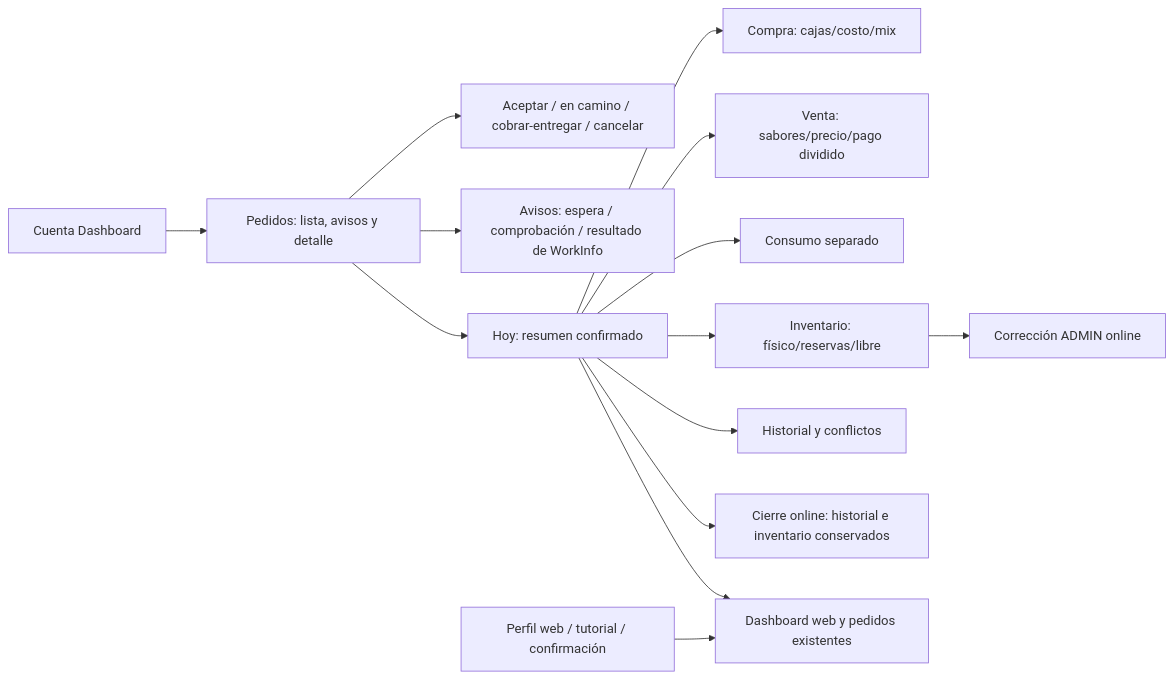
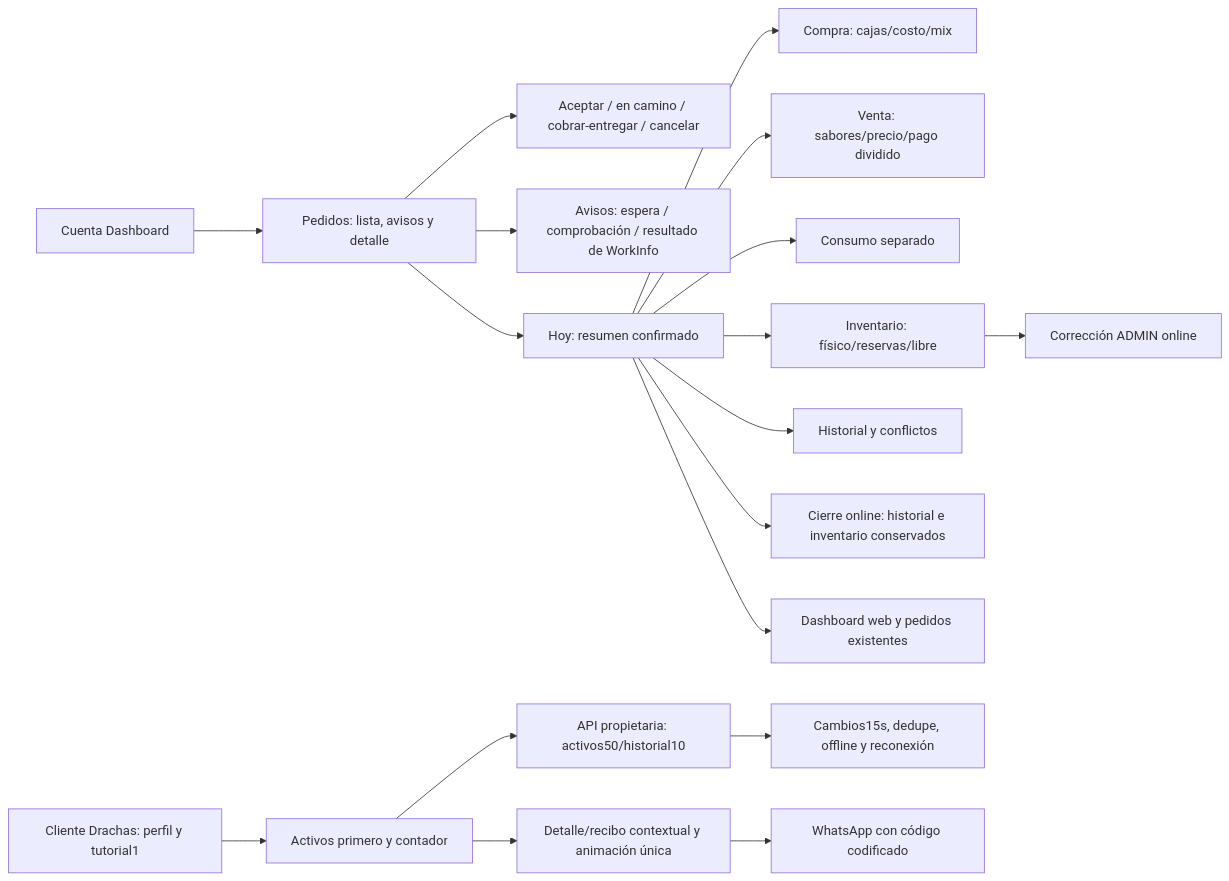
The diagram in docs/knowledge/diagrams/06-ui.mmd (NotKingbryanPY/donas-racha), drawn with Mermaid before and after one commit. The commit also changed 59 other files, not shown here.

Commit message:
Drachas identity and customer order tracking (#48)

```diff
--- a/docs/knowledge/diagrams/06-ui.mmd
+++ b/docs/knowledge/diagrams/06-ui.mmd
@@ -1,14 +1,18 @@
 flowchart LR
   account["Cuenta Dashboard"] --> orders["Pedidos: lista, avisos y detalle"]
   orders --> action["Aceptar / en camino / cobrar-entregar / cancelar"]
   orders --> check["Avisos: espera / comprobación / resultado de WorkInfo"]
   orders --> today["Hoy: resumen confirmado"]
   today --> purchase["Compra: cajas/costo/mix"]
   today --> sale["Venta: sabores/precio/pago dividido"]
   today --> consume["Consumo separado"]
   today --> inventory["Inventario: físico/reservas/libre"]
   inventory --> correction["Corrección ADMIN online"]
   today --> history["Historial y conflictos"]
   today --> close["Cierre online: historial e inventario conservados"]
   today --> dashboard["Dashboard web y pedidos existentes"]
-  profile["Perfil web / tutorial / confirmación"] --> dashboard
+  profile["Cliente Drachas: perfil y tutorial1"] --> customerOrders["Activos primero y contador"]
+  customerOrders --> privateApi["API propietaria: activos50/historial10"]
+  privateApi --> notices["Cambios15s, dedupe, offline y reconexión"]
+  customerOrders --> receipt["Detalle/recibo contextual y animación única"]
+  receipt --> whatsapp["WhatsApp con código codificado"]
```
